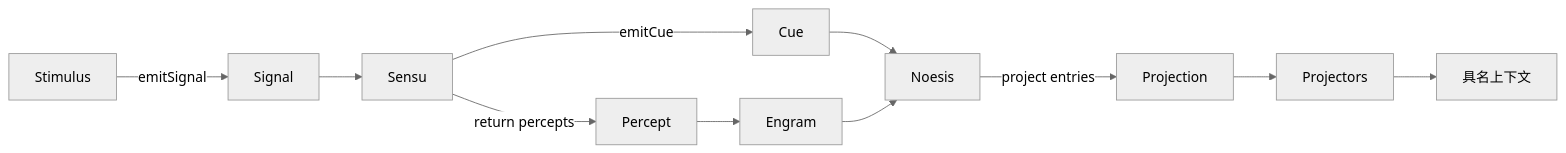
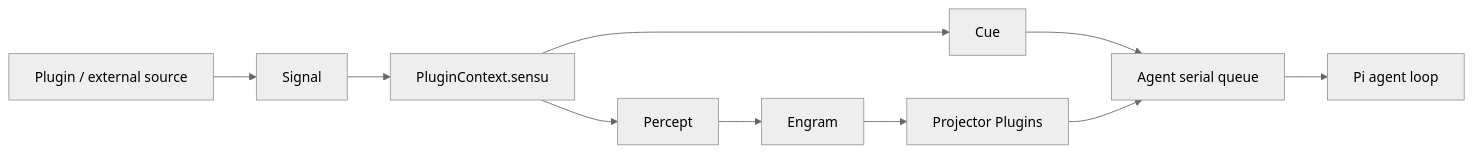
Before and after one commit to YanChenBai/ciel: the diagram in packages/corex/README.md, drawn with Mermaid (neutral theme). The commit also changed other lines of this file and 118 other files, not shown here.

````diff
--- a/packages/corex/README.md
+++ b/packages/corex/README.md
@@ -8,13 +8,12 @@
 ```mermaid
 flowchart LR
-  stimulus[Stimulus] -->|emitSignal| signal[Signal]
-  signal --> sensu[Sensu]
-  sensu -->|return percepts| percept[Percept]
+  source[Plugin / external source] --> signal[Signal]
+  signal --> sensu[PluginContext.sensu]
+  sensu --> percept[Percept]
   percept --> engram[Engram]
-  sensu -->|emitCue| cue[Cue]
-  cue --> noesis[Noesis]
-  engram --> noesis
-  noesis -->|project entries| projection[Projection]
-  projection --> projectors[Projectors]
-  projectors --> context[具名上下文]
+  sensu --> cue[Cue]
+  cue --> queue[Agent serial queue]
+  engram --> projector[Projector Plugins]
+  projector --> queue
+  queue --> agent[Pi agent loop]
 ```
````
